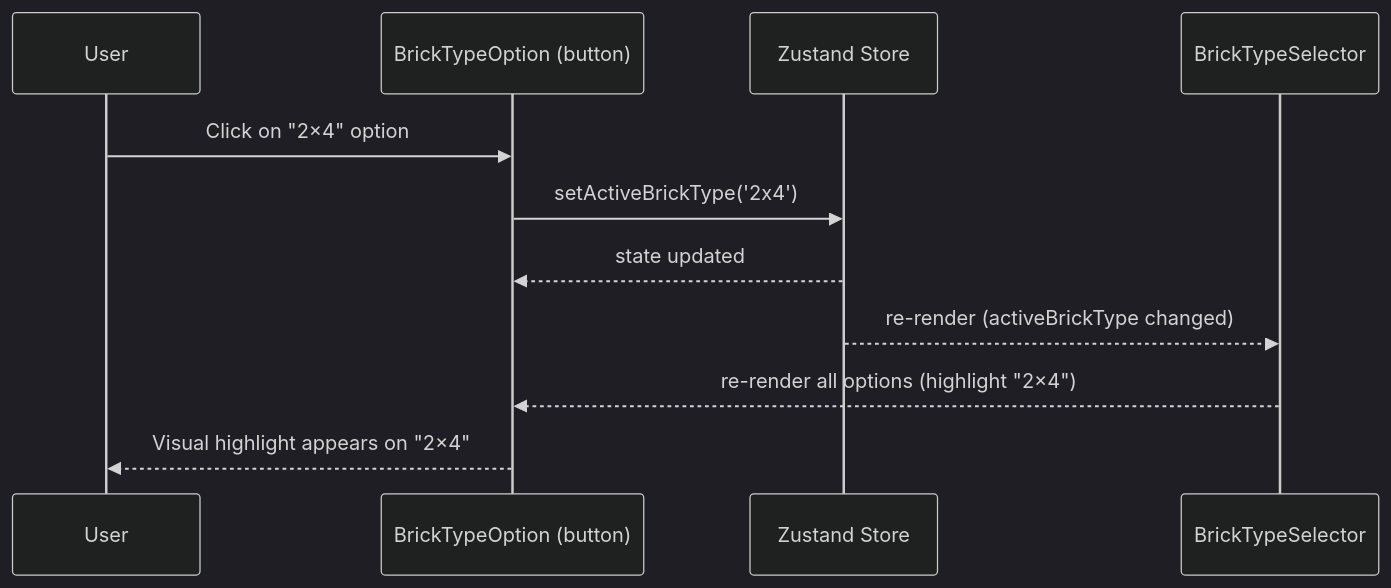
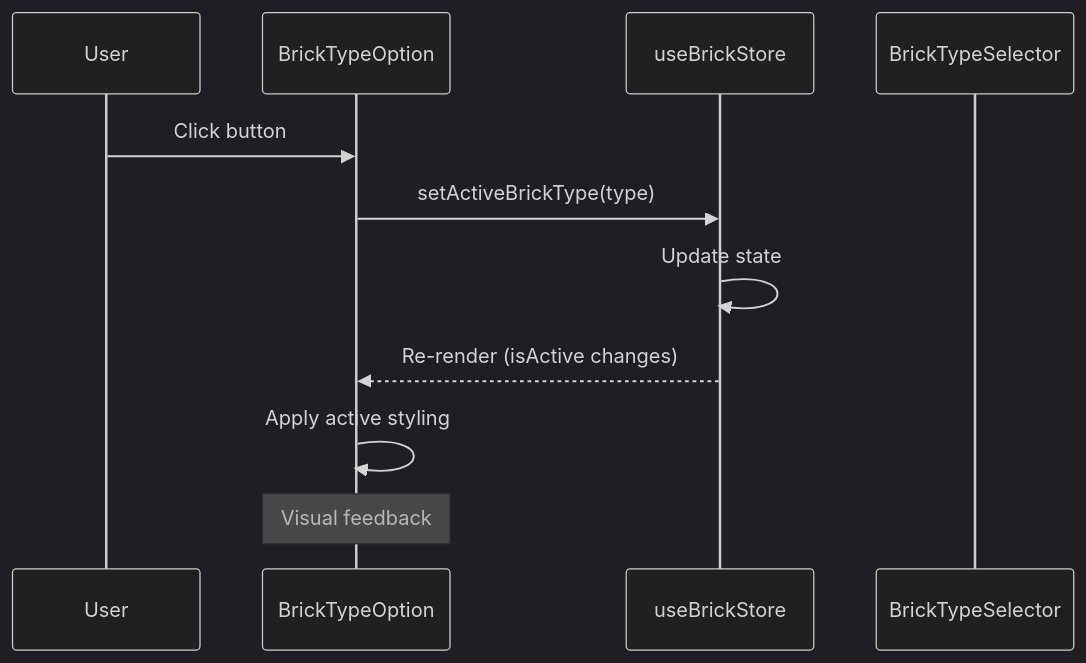
Before and after one commit to sreenivasmrpivot/legobuilder-challenger-config1: the first of 2 diagrams in docs/features/FR-BRICK-003/LOW_LEVEL_DESIGN.md, drawn with Mermaid (dark theme). The commit also changed other lines of this file, not shown here.

First line of the commit message:
docs: LLD for FR-BRICK-003 — Brick Type Selector

````diff
--- a/docs/features/FR-BRICK-003/LOW_LEVEL_DESIGN.md
+++ b/docs/features/FR-BRICK-003/LOW_LEVEL_DESIGN.md
@@ -256,14 +193,14 @@
 ```mermaid
 sequenceDiagram
-  participant U as User
-  participant UI as BrickTypeOption (button)
-  participant Store as Zustand Store
-  participant Selector as BrickTypeSelector
+    participant U as User
+    participant BTO as BrickTypeOption
+    participant Store as useBrickStore
+    participant Selector as BrickTypeSelector
 
-  U->>UI: Click on "2×4" option
-  UI->>Store: setActiveBrickType('2x4')
-  Store-->>UI: state updated
-  Store-->>Selector: re-render (activeBrickType changed)
-  Selector-->>UI: re-render all options (highlight "2×4")
-  UI-->>U: Visual highlight appears on "2×4"
+    U->>BTO: Click button
+    BTO->>Store: setActiveBrickType(type)
+    Store->>Store: Update state
+    Store-->>BTO: Re-render (isActive changes)
+    BTO->>BTO: Apply active styling
+    Note over BTO: Visual feedback
 ```
````
